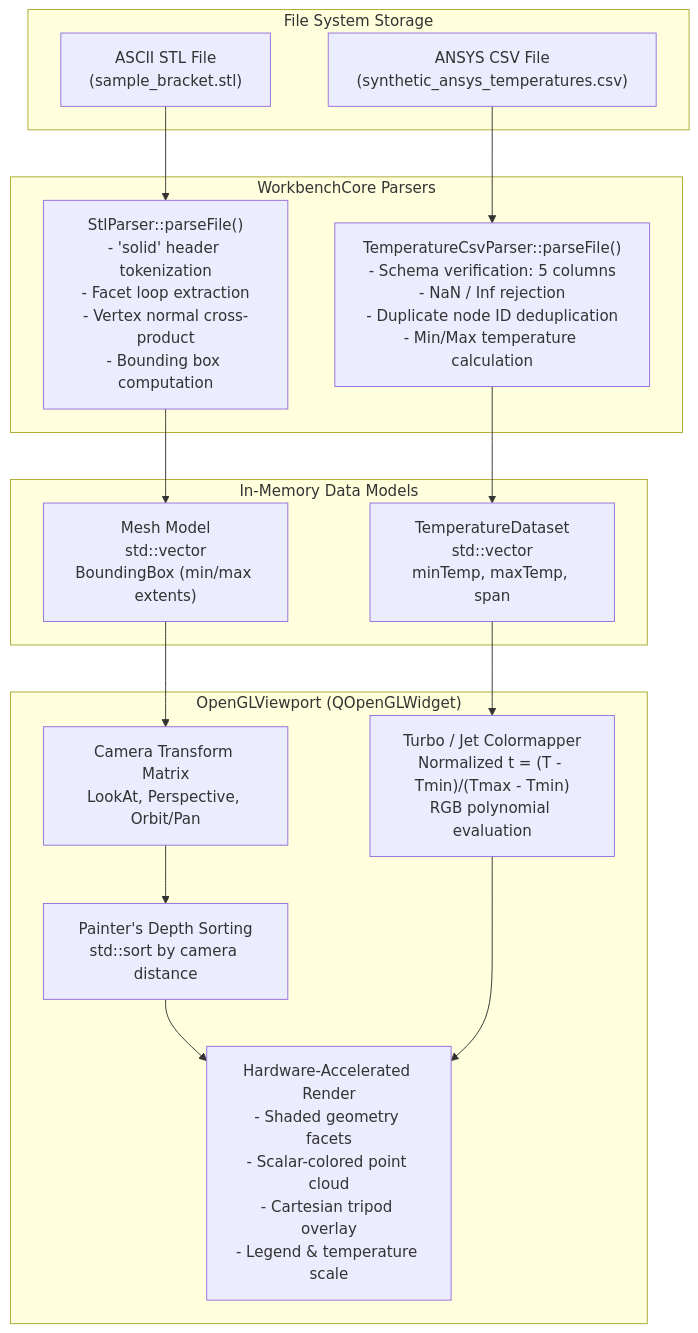
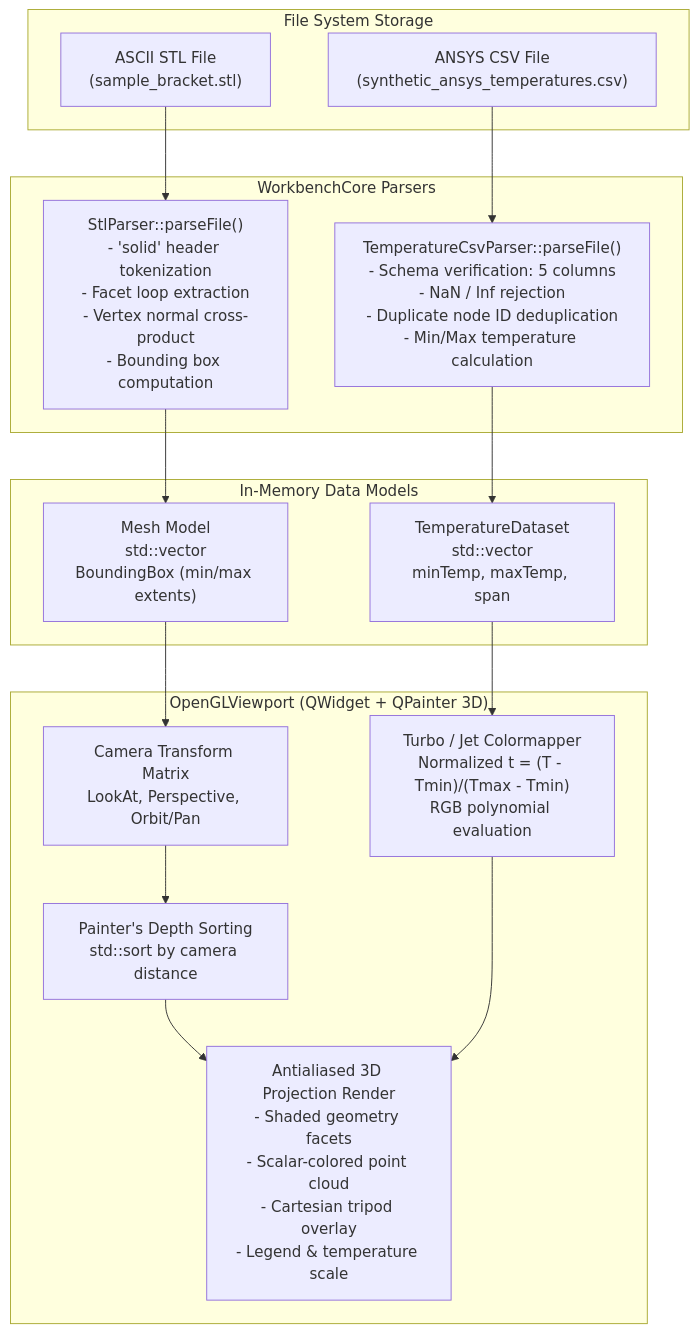
Before and after one commit to kulharshit21/unified-engineering-workbench: the first of 3 diagrams in docs/architecture/DATA_FLOW.md, drawn with Mermaid. The commit also changed 19 other files, not shown here.

````diff
--- a/docs/architecture/DATA_FLOW.md
+++ b/docs/architecture/DATA_FLOW.md
@@ -11,27 +11,27 @@
 ```mermaid
 flowchart TD
     subgraph Disk ["File System Storage"]
         F_STL["ASCII STL File<br/>(sample_bracket.stl)"]
         F_CSV["ANSYS CSV File<br/>(synthetic_ansys_temperatures.csv)"]
     end
 
     subgraph CoreParsing ["WorkbenchCore Parsers"]
         P_STL["StlParser::parseFile()<br/>- 'solid' header tokenization<br/>- Facet loop extraction<br/>- Vertex normal cross-product<br/>- Bounding box computation"]
         P_CSV["TemperatureCsvParser::parseFile()<br/>- Schema verification: 5 columns<br/>- NaN / Inf rejection<br/>- Duplicate node ID deduplication<br/>- Min/Max temperature calculation"]
     end
 
     subgraph DataStructs ["In-Memory Data Models"]
         M_MESH["Mesh Model<br/>std::vector<Triangle><br/>BoundingBox (min/max extents)"]
         M_CLOUD["TemperatureDataset<br/>std::vector<TemperatureNode><br/>minTemp, maxTemp, span"]
     end
 
-    subgraph RenderEngine ["OpenGLViewport (QOpenGLWidget)"]
+    subgraph RenderEngine ["OpenGLViewport (QWidget + QPainter 3D)"]
         CAM["Camera Transform Matrix<br/>LookAt, Perspective, Orbit/Pan"]
         TRI_SORT["Painter's Depth Sorting<br/>std::sort by camera distance"]
         COLOR["Turbo / Jet Colormapper<br/>Normalized t = (T - Tmin)/(Tmax - Tmin)<br/>RGB polynomial evaluation"]
-        DRAW["Hardware-Accelerated Render<br/>- Shaded geometry facets<br/>- Scalar-colored point cloud<br/>- Cartesian tripod overlay<br/>- Legend & temperature scale"]
+        DRAW["Antialiased 3D Projection Render<br/>- Shaded geometry facets<br/>- Scalar-colored point cloud<br/>- Cartesian tripod overlay<br/>- Legend & temperature scale"]
     end
 
     F_STL --> P_STL --> M_MESH --> CAM --> TRI_SORT --> DRAW
     F_CSV --> P_CSV --> M_CLOUD --> COLOR --> DRAW
 ```
````
